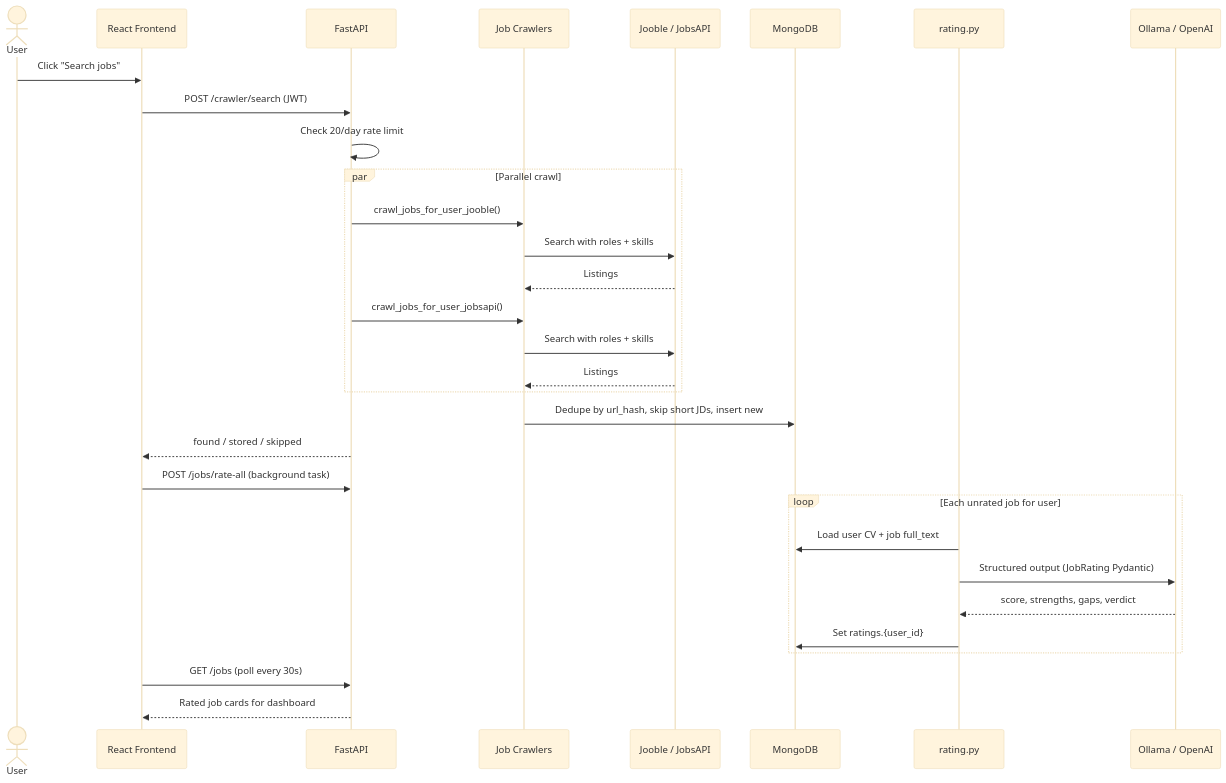
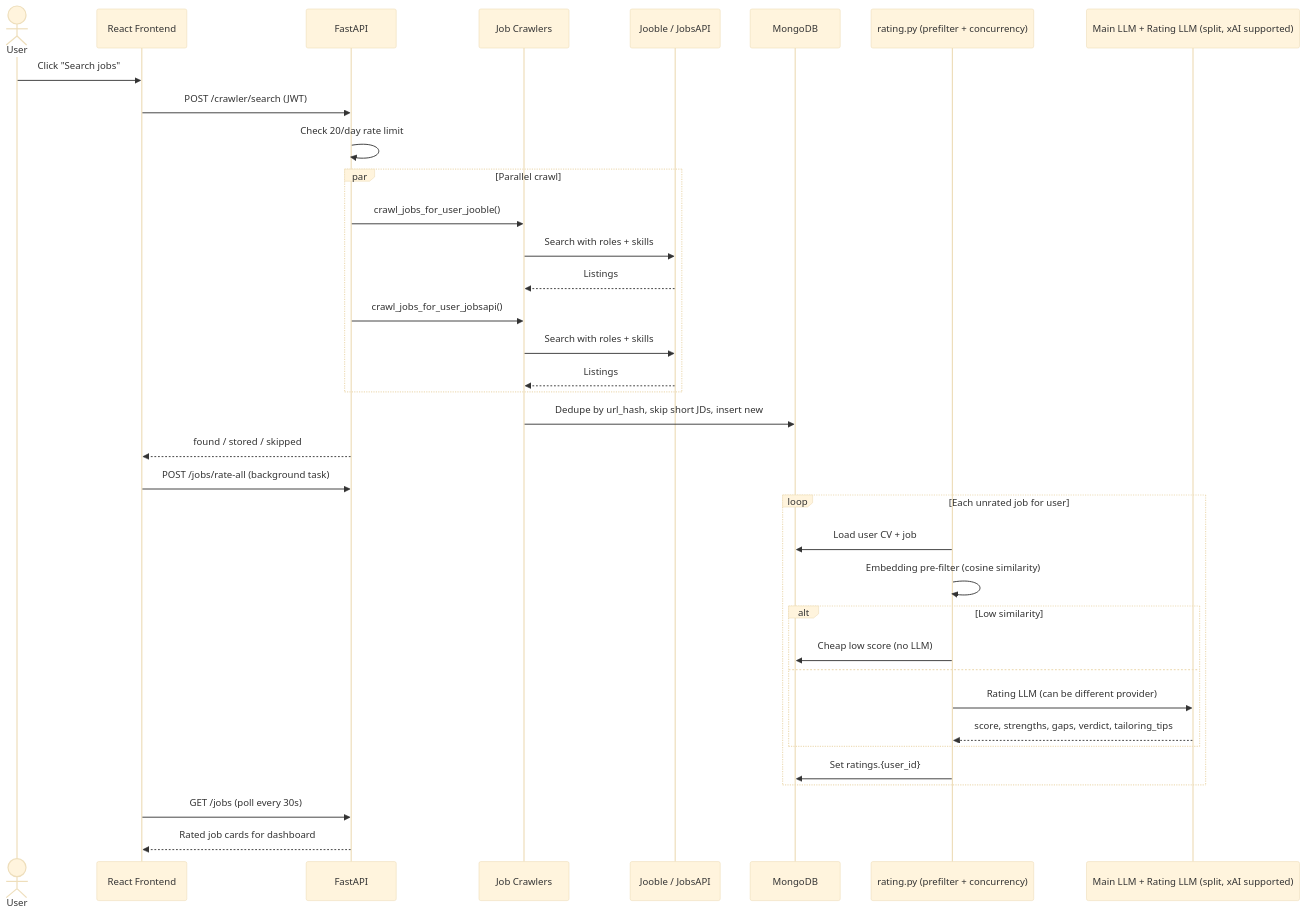
Before and after one commit to itsmesaim/jobRadarAI: the sixth of 9 diagrams in README.md, drawn with Mermaid (base theme). The commit also changed other lines of this file and 28 other files, not shown here.

````diff
--- a/README.md
+++ b/README.md
@@ -196,38 +201,43 @@
 ```mermaid
 sequenceDiagram
     actor User
     participant FE as React Frontend
     participant API as FastAPI
     participant Crawler as Job Crawlers
     participant Ext as Jooble / JobsAPI
     participant DB as MongoDB
-    participant Rating as rating.py
-    participant LLM as Ollama / OpenAI
+    participant Rating as rating.py (prefilter + concurrency)
+    participant LLM as Main LLM + Rating LLM (split, xAI supported)
 
     User->>FE: Click "Search jobs"
     FE->>API: POST /crawler/search (JWT)
     API->>API: Check 20/day rate limit
 
     par Parallel crawl
         API->>Crawler: crawl_jobs_for_user_jooble()
         Crawler->>Ext: Search with roles + skills
         Ext-->>Crawler: Listings
         API->>Crawler: crawl_jobs_for_user_jobsapi()
         Crawler->>Ext: Search with roles + skills
         Ext-->>Crawler: Listings
     end
 
     Crawler->>DB: Dedupe by url_hash, skip short JDs, insert new
     API-->>FE: found / stored / skipped
 
     FE->>API: POST /jobs/rate-all (background task)
     loop Each unrated job for user
-        Rating->>DB: Load user CV + job full_text
-        Rating->>LLM: Structured output (JobRating Pydantic)
-        LLM-->>Rating: score, strengths, gaps, verdict
+        Rating->>DB: Load user CV + job
+        Rating->>Rating: Embedding pre-filter (cosine similarity)
+        alt Low similarity
+            Rating->>DB: Cheap low score (no LLM)
+        else
+            Rating->>LLM: Rating LLM (can be different provider)
+            LLM-->>Rating: score, strengths, gaps, verdict, tailoring_tips
+        end
         Rating->>DB: Set ratings.{user_id}
     end
 
     FE->>API: GET /jobs (poll every 30s)
     API-->>FE: Rated job cards for dashboard
 ```
````
